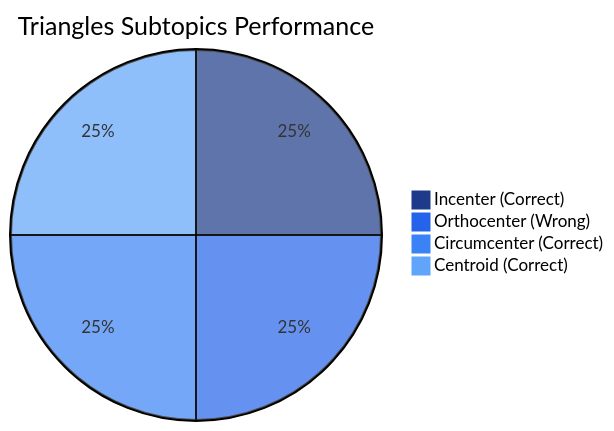
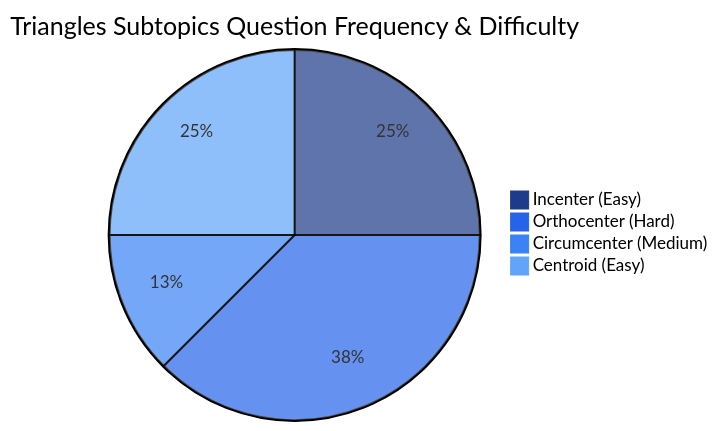
Before and after one commit to skc-coder/SAGE: the fourth of 5 diagrams in .agents/skills/exam-analysis-master/SKILL.md, drawn with Mermaid. The commit also changed other lines of this file and 1 other file, not shown here.

First line of the commit message:
refactor(skill): separate subtopic difficulty rating from question-level outcome status

````diff
--- a/.agents/skills/exam-analysis-master/SKILL.md
+++ b/.agents/skills/exam-analysis-master/SKILL.md
@@ -126,8 +128,8 @@
 ```mermaid
 %%{init: {'themeVariables': { 'pie1': '#1e3a8a', 'pie2': '#2563eb', 'pie3': '#3b82f6', 'pie4': '#60a5fa'}}}%%
-pie title Triangles Subtopics Performance
-    "Incenter (Correct)" : 1
-    "Orthocenter (Wrong)" : 1
-    "Circumcenter (Correct)" : 1
-    "Centroid (Correct)" : 1
+pie title Triangles Subtopics Question Frequency & Difficulty
+    "Incenter (Easy)" : 2
+    "Orthocenter (Hard)" : 3
+    "Circumcenter (Medium)" : 1
+    "Centroid (Easy)" : 2
 ```
````
